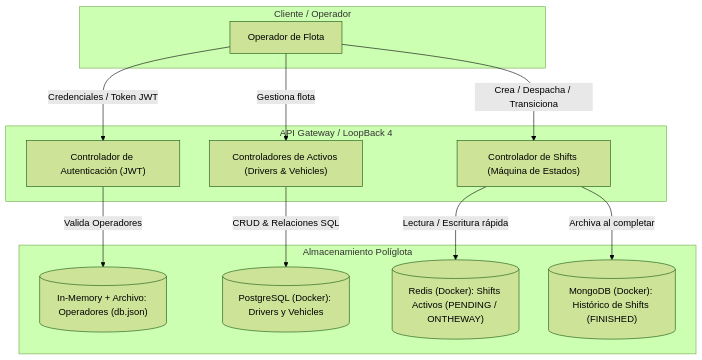
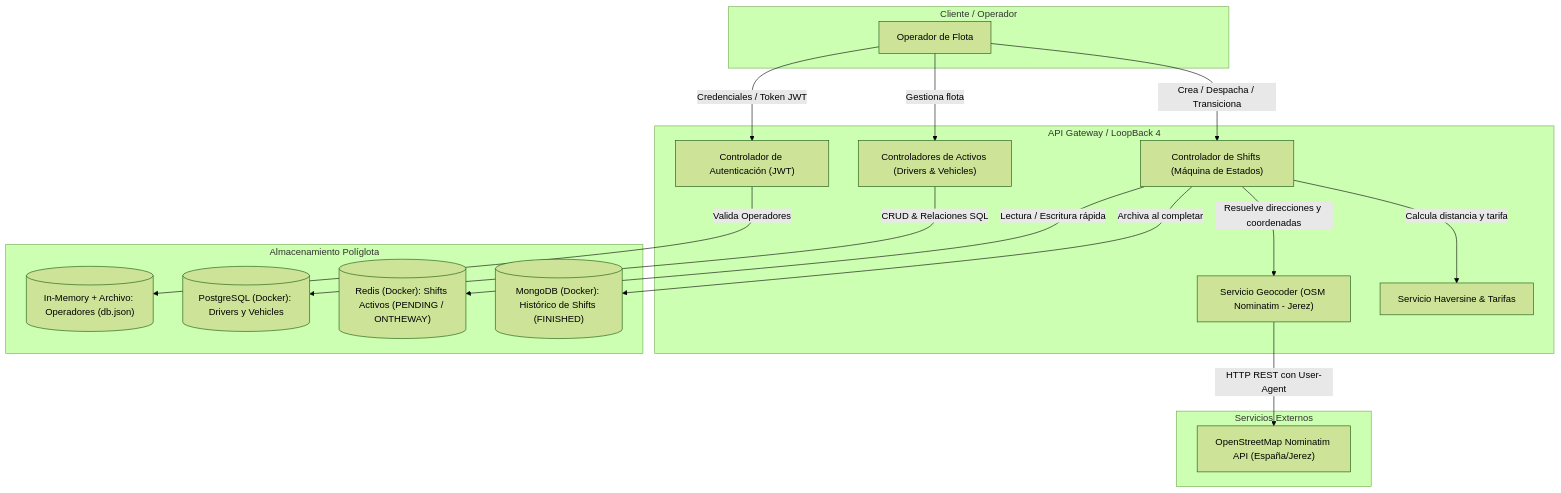
The diagram in docs/domain-architecture.md (PedroOrtRec/simple-taxi-fleet-simulator), drawn with Mermaid (forest theme) before and after one commit. The commit also changed other lines of this file and 2 other files, not shown here.

Commit message:
docs: document phases 5 and 6 and Jerez de la Frontera geocoding integration

````diff
--- a/docs/domain-architecture.md
+++ b/docs/domain-architecture.md
@@ -11,27 +11,36 @@
 ```mermaid
 flowchart TD
     subgraph Cliente / Operador
         OP["Operador de Flota"]
     end
 
     subgraph API Gateway / LoopBack 4
         AUTH["Controlador de Autenticación (JWT)"]
         CTRL_ASSETS["Controladores de Activos (Drivers & Vehicles)"]
         CTRL_SHIFT["Controlador de Shifts (Máquina de Estados)"]
+        GEO_SVC["Servicio Geocoder (OSM Nominatim - Jerez)"]
+        FARE_SVC["Servicio Haversine & Tarifas"]
+    end
+
+    subgraph Servicios Externos
+        OSM["OpenStreetMap Nominatim API (España/Jerez)"]
     end
 
     subgraph Almacenamiento Políglota
         MEM[("In-Memory + Archivo: Operadores (db.json)")]
         POSTGRES[("PostgreSQL (Docker): Drivers y Vehicles")]
         REDIS[("Redis (Docker): Shifts Activos (PENDING / ONTHEWAY)")]
         MONGO[("MongoDB (Docker): Histórico de Shifts (FINISHED)")]
     end
 
     OP -->|Credenciales / Token JWT| AUTH
     AUTH -->|Valida Operadores| MEM
     OP -->|Gestiona flota| CTRL_ASSETS
     CTRL_ASSETS -->|CRUD & Relaciones SQL| POSTGRES
     OP -->|Crea / Despacha / Transiciona| CTRL_SHIFT
+    CTRL_SHIFT -->|Resuelve direcciones y coordenadas| GEO_SVC
+    GEO_SVC -->|HTTP REST con User-Agent| OSM
+    CTRL_SHIFT -->|Calcula distancia y tarifa| FARE_SVC
     CTRL_SHIFT -->|Lectura / Escritura rápida| REDIS
     CTRL_SHIFT -->|Archiva al completar| MONGO
 ```
````
